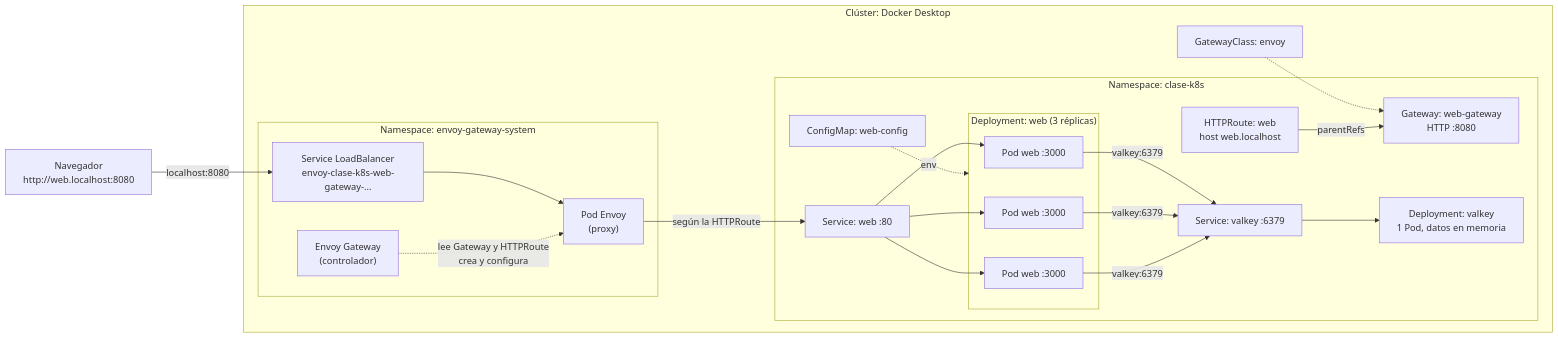
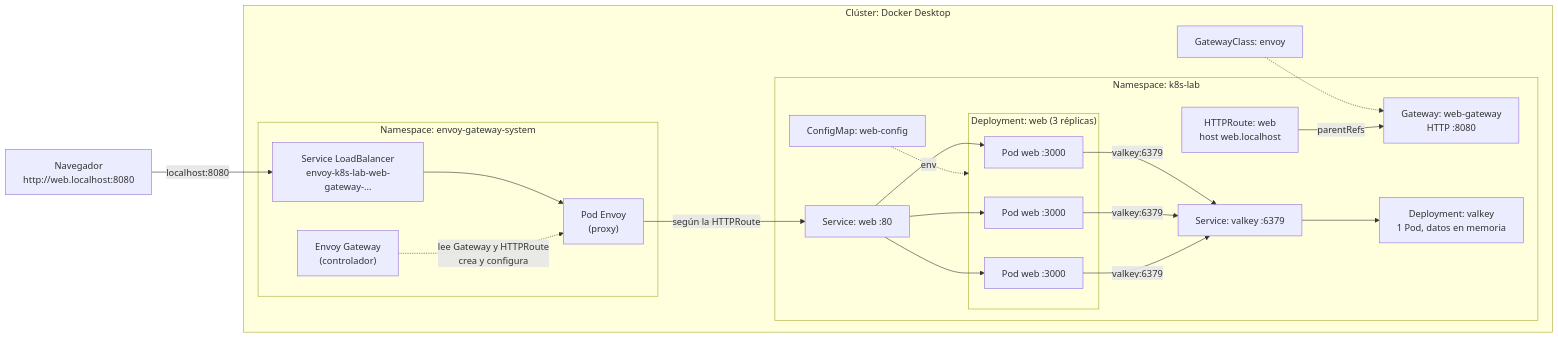
One commit to roxsross/terraform-devops-labs changed the diagram in 04-kubernetes/README.md. Above: the diagram before and after it, drawn with Mermaid. The commit also changed other lines of this file and 15 other files, not shown here.

````diff
--- a/04-kubernetes/README.md
+++ b/04-kubernetes/README.md
@@ -11,35 +11,35 @@
 ```mermaid
 flowchart LR
     U["Navegador<br/>http://web.localhost:8080"] -->|"localhost:8080"| ESVC
 
     subgraph CL["Clúster: Docker Desktop"]
         subgraph EGS["Namespace: envoy-gateway-system"]
             EG["Envoy Gateway<br/>(controlador)"]
-            ESVC["Service LoadBalancer<br/>envoy-clase-k8s-web-gateway-..."] --> EP["Pod Envoy<br/>(proxy)"]
+            ESVC["Service LoadBalancer<br/>envoy-k8s-lab-web-gateway-..."] --> EP["Pod Envoy<br/>(proxy)"]
         end
 
         GC["GatewayClass: envoy"]
 
-        subgraph NS["Namespace: clase-k8s"]
+        subgraph NS["Namespace: k8s-lab"]
             GW["Gateway: web-gateway<br/>HTTP :8080"]
             RT["HTTPRoute: web<br/>host web.localhost"]
             SW["Service: web :80"]
             subgraph DW["Deployment: web (3 réplicas)"]
                 W1["Pod web :3000"]
                 W2["Pod web :3000"]
                 W3["Pod web :3000"]
             end
             CM["ConfigMap: web-config"]
             SV["Service: valkey :6379"]
             V["Deployment: valkey<br/>1 Pod, datos en memoria"]
         end
     end
 
     GC -.-> GW
     EG -.->|"lee Gateway y HTTPRoute<br/>crea y configura"| EP
     RT -->|"parentRefs"| GW
     EP -->|"según la HTTPRoute"| SW
     SW --> W1 & W2 & W3
     CM -.->|"env"| DW
     W1 & W2 & W3 -->|"valkey:6379"| SV --> V
 ```
````
